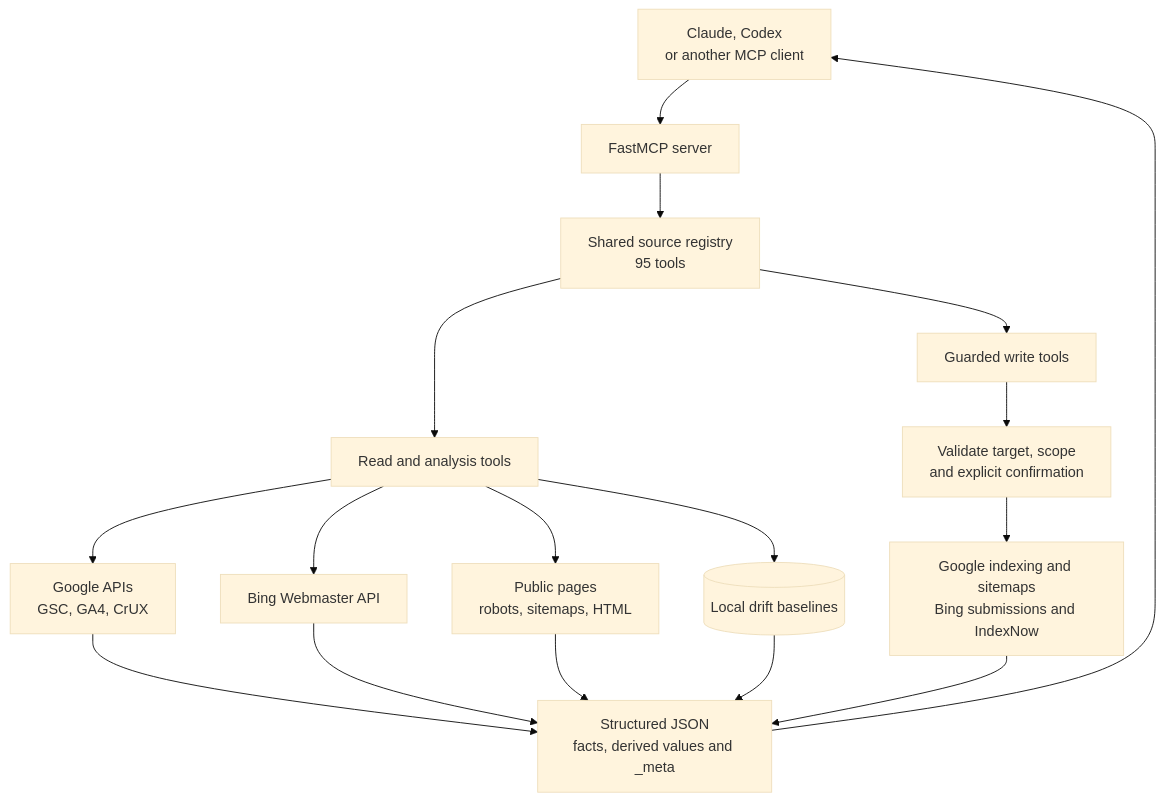
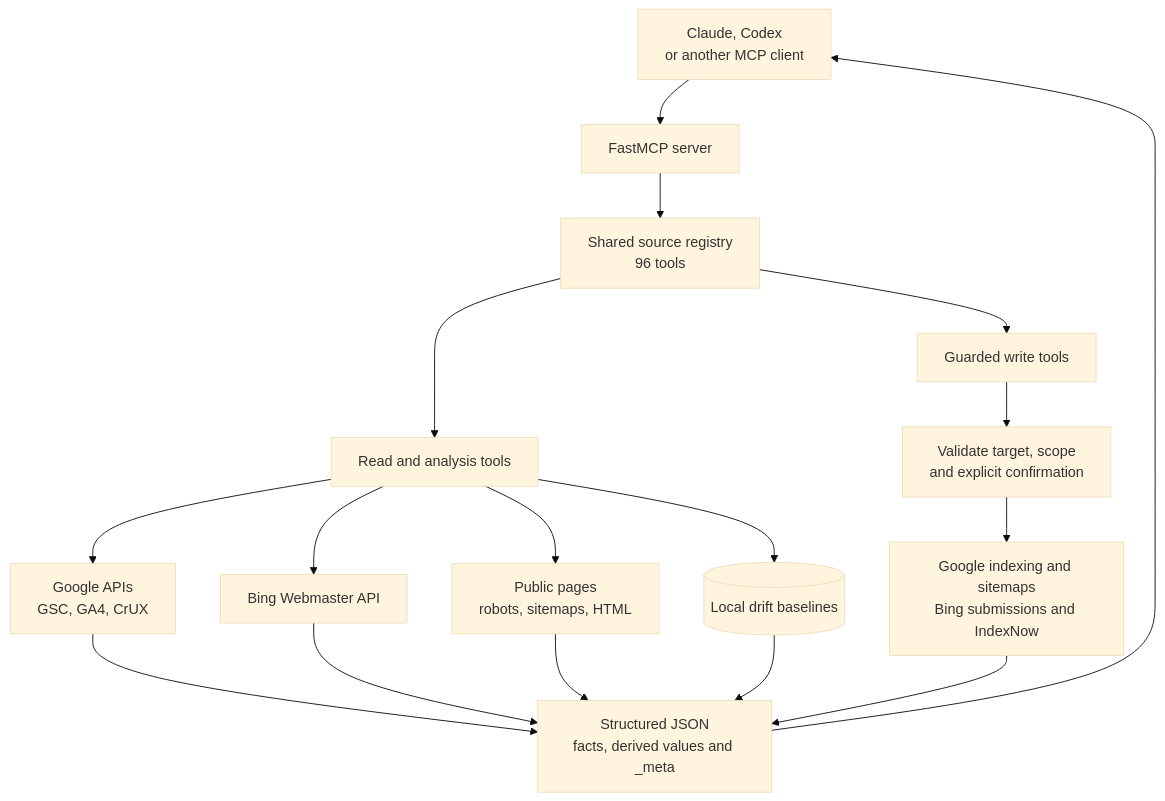
The diagram in README.md (FlorianBruniaux/google-search-console-mcp), drawn with Mermaid (base theme) before and after one commit. The commit also changed other lines of this file and 34 other files, not shown here.

````diff
--- a/README.md
+++ b/README.md
@@ -327,19 +327,19 @@
 ```mermaid
 flowchart TD
     C[Claude, Codex<br/>or another MCP client] --> S[FastMCP server]
-    S --> R[Shared source registry<br/>95 tools]
+    S --> R[Shared source registry<br/>96 tools]
     R --> A[Read and analysis tools]
     R --> W[Guarded write tools]
     A --> G[Google APIs<br/>GSC, GA4, CrUX]
     A --> B[Bing Webmaster API]
     A --> P[Public pages<br/>robots, sitemaps, HTML]
     A --> L[(Local drift baselines)]
     W --> V[Validate target, scope<br/>and explicit confirmation]
     V --> M[Google indexing and sitemaps<br/>Bing submissions and IndexNow]
     G --> O[Structured JSON<br/>facts, derived values and _meta]
     B --> O
     P --> O
     L --> O
     M --> O
     O --> C
 ```
````
